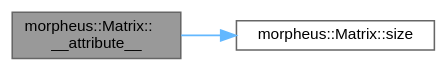
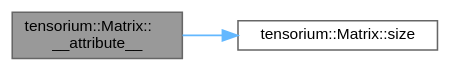
Before and after one commit to TensoriumCore/Tensorium_lib: the diagram in docs/classmorpheus_1_1Matrix_a3788c2fb5036c1aa259bb03e72cf032e_cgraph.dot, drawn with Graphviz. The commit also changed 3640 other files, not shown here.

```diff
--- a/docs/classmorpheus_1_1Matrix_a3788c2fb5036c1aa259bb03e72cf032e_cgraph.dot
+++ b/docs/classmorpheus_1_1Matrix_a3788c2fb5036c1aa259bb03e72cf032e_cgraph.dot
@@ -1,11 +1,11 @@
-digraph "morpheus::Matrix::__attribute__"
+digraph "tensorium::Matrix::__attribute__"
 {
  // LATEX_PDF_SIZE
   bgcolor="transparent";
   edge [fontname=Helvetica,fontsize=10,labelfontname=Helvetica,labelfontsize=10];
   node [fontname=Helvetica,fontsize=10,shape=box,height=0.2,width=0.4];
   rankdir="LR";
-  Node1 [id="Node000001",label="morpheus::Matrix::\l__attribute__",height=0.2,width=0.4,color="gray40", fillcolor="grey60", style="filled", fontcolor="black",tooltip="In-place matrix subtraction: this -= m."];
+  Node1 [id="Node000001",label="tensorium::Matrix::\l__attribute__",height=0.2,width=0.4,color="gray40", fillcolor="grey60", style="filled", fontcolor="black",tooltip="In-place matrix subtraction: this -= m."];
   Node1 -> Node2 [id="edge1_Node000001_Node000002",color="steelblue1",style="solid",tooltip=" "];
-  Node2 [id="Node000002",label="morpheus::Matrix::size",height=0.2,width=0.4,color="grey40", fillcolor="white", style="filled",URL="$classmorpheus_1_1Matrix.html#a9360ad4d79bc09c54f63aa81060bf267",tooltip="Return the total number of elements."];
+  Node2 [id="Node000002",label="tensorium::Matrix::size",height=0.2,width=0.4,color="grey40", fillcolor="white", style="filled",URL="$classtensorium_1_1Matrix.html#a9360ad4d79bc09c54f63aa81060bf267",tooltip="Return the total number of elements."];
 }
```
